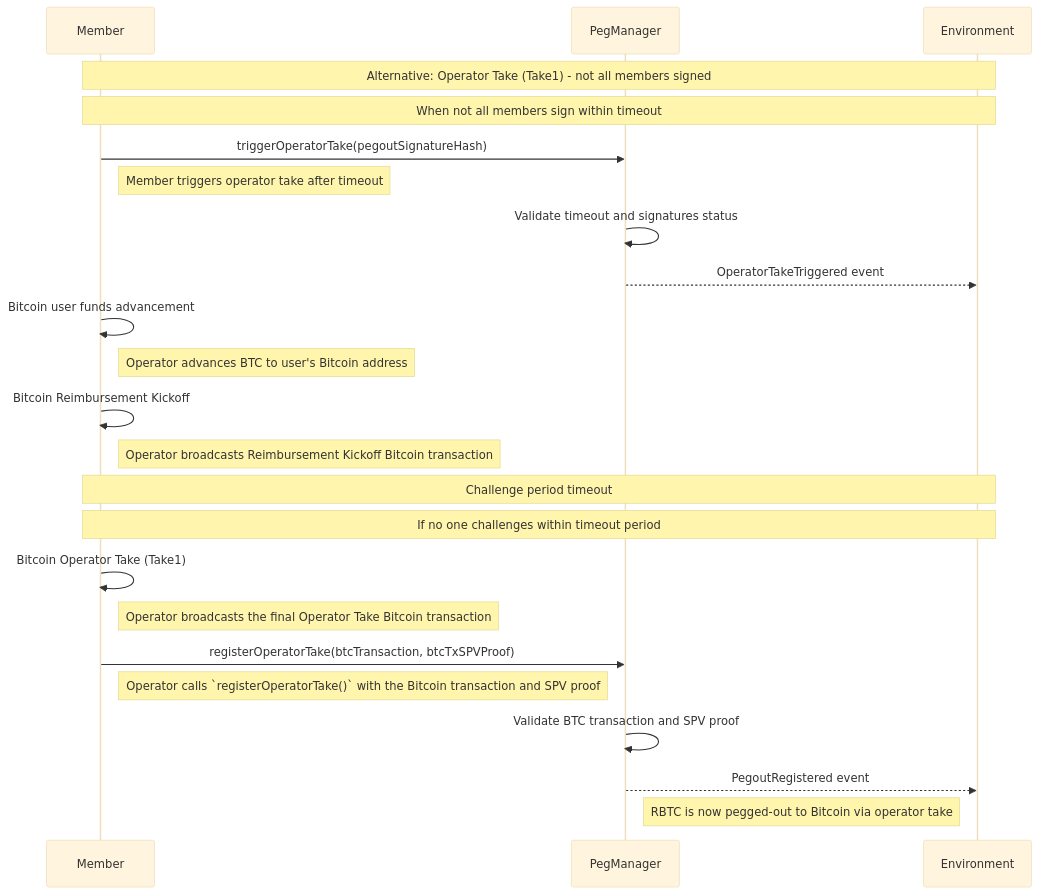
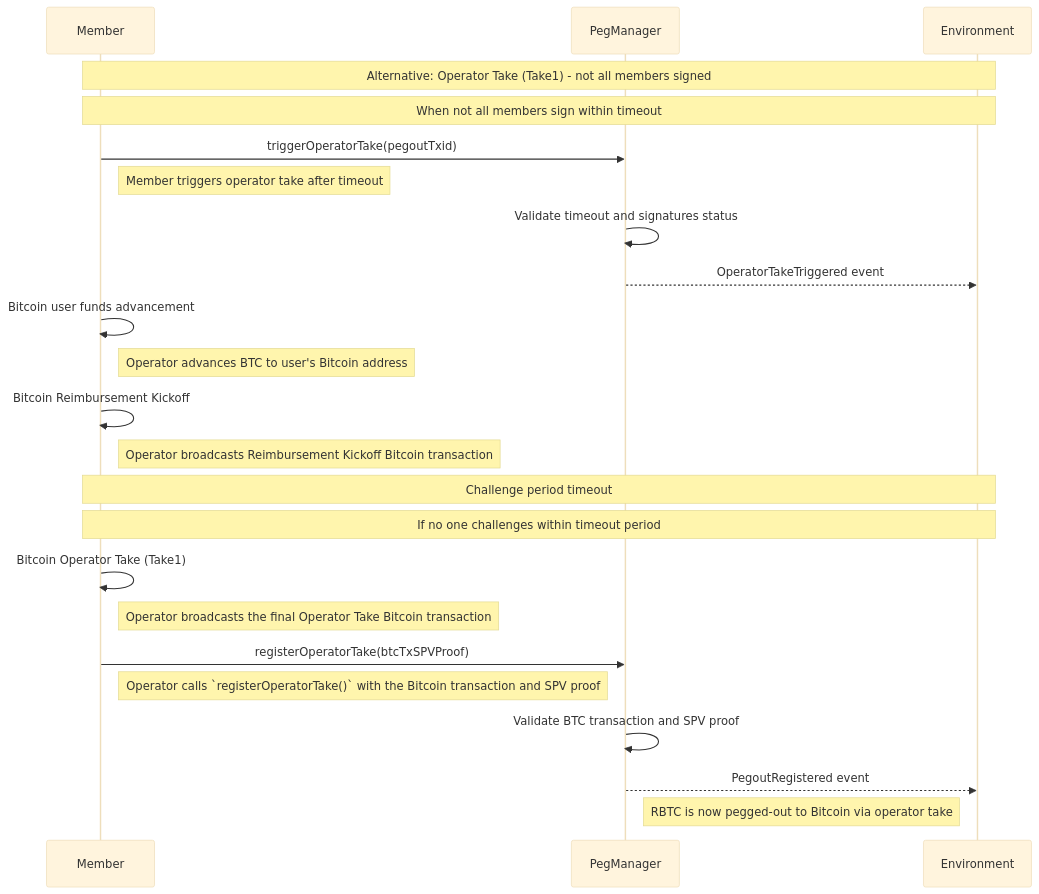
Diagram 11 of 11 in README.md (rsksmart/union-bridge-contracts), drawn with Mermaid (base theme) before and after one commit. The commit also changed other lines of this file, not shown here.

Commit message:
Update diagrams after CommitteRegistry split

````diff
--- a/README.md
+++ b/README.md
@@ -364,32 +377,32 @@
 ```mermaid
 sequenceDiagram
     participant M as Member
     participant PM as PegManager
     participant ENV as Environment
 
     Note over M,ENV: Alternative: Operator Take (Take1) - not all members signed
     Note over M,ENV: When not all members sign within timeout
 
-    M->>PM: triggerOperatorTake(pegoutSignatureHash)
+    M->>PM: triggerOperatorTake(pegoutTxid)
     Note right of M: Member triggers operator take after timeout
     PM->>PM: Validate timeout and signatures status
     PM-->>ENV: OperatorTakeTriggered event
 
     M->>M: Bitcoin user funds advancement
     Note right of M: Operator advances BTC to user's Bitcoin address
 
     M->>M: Bitcoin Reimbursement Kickoff
     Note right of M: Operator broadcasts Reimbursement Kickoff Bitcoin transaction
 
     Note over M,ENV: Challenge period timeout
     Note over M,ENV: If no one challenges within timeout period
 
     M->>M: Bitcoin Operator Take (Take1)
     Note right of M: Operator broadcasts the final Operator Take Bitcoin transaction
 
-    M->>PM: registerOperatorTake(btcTransaction, btcTxSPVProof)
+    M->>PM: registerOperatorTake(btcTxSPVProof)
     Note right of M: Operator calls `registerOperatorTake()` with the Bitcoin transaction and SPV proof
     PM->>PM: Validate BTC transaction and SPV proof
     PM-->>ENV: PegoutRegistered event
     Note right of PM: RBTC is now pegged-out to Bitcoin via operator take
 ```
````
